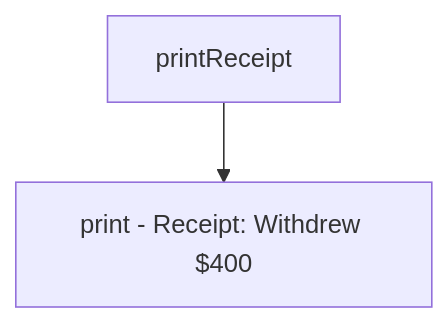
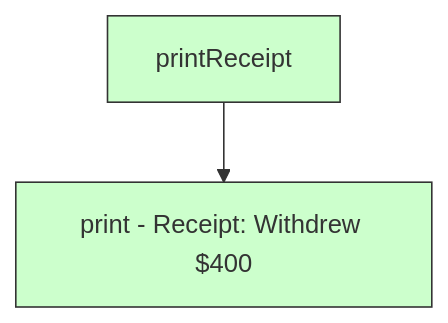
The first of 4 diagrams in wiki/Writing-tests-with-good-behavioural-coverage.md (oppia/oppia-android), drawn with Mermaid before and after one commit. The commit also changed other lines of this file and 1 other file, not shown here.

````diff
--- a/wiki/Writing-tests-with-good-behavioural-coverage.md
+++ b/wiki/Writing-tests-with-good-behavioural-coverage.md
@@ -1118,4 +1212,7 @@
 ```mermaid
 graph TD
     F[printReceipt] --> G[print - Receipt: Withdrew $400]
+
+    style F fill:#cfc,stroke:#333,stroke-width:1px
+    style G fill:#cfc,stroke:#333,stroke-width:1px
 ```
````
